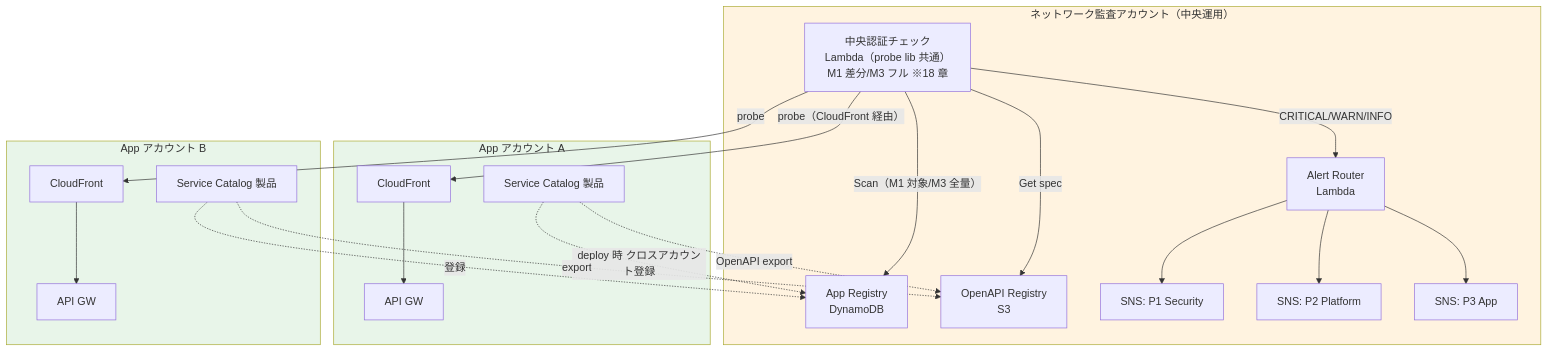
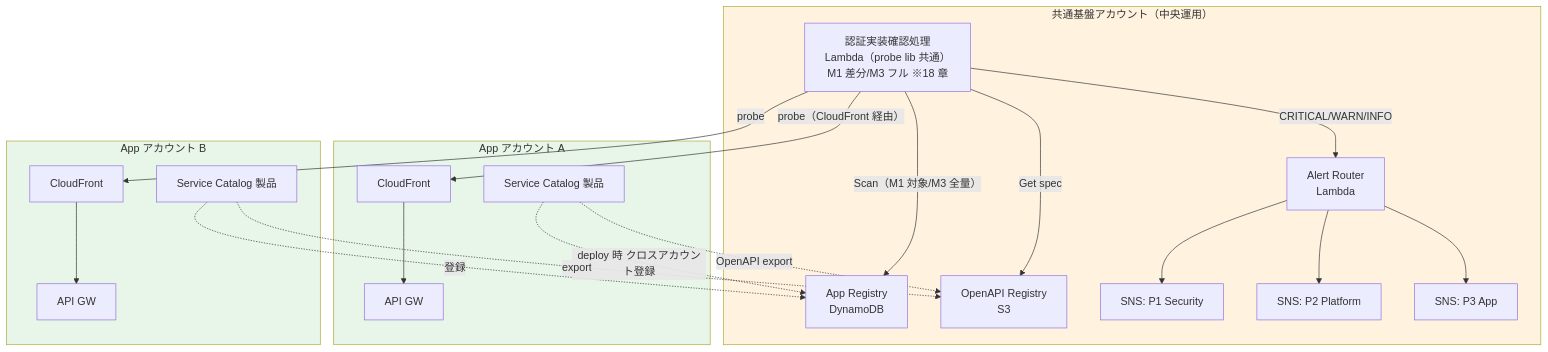
One commit to suepie/aws-atuh-poc changed the first of 4 diagrams in doc/api-platform/basic-design/10-external-monitoring-overview.md. Above: the diagram before and after it, drawn with Mermaid. The commit also changed other lines of this file and 27 other files, not shown here.

````diff
--- a/doc/api-platform/basic-design/10-external-monitoring-overview.md
+++ b/doc/api-platform/basic-design/10-external-monitoring-overview.md
@@ -49,40 +51,40 @@
 ```mermaid
 flowchart TB
-    subgraph NetAudit["ネットワーク監査アカウント（中央運用）"]
+    subgraph NetAudit["共通基盤アカウント（中央運用）"]
         Reg[App Registry<br/>DynamoDB]
         OAR[OpenAPI Registry<br/>S3]
-        CC[中央認証チェック<br/>Lambda（probe lib 共通）<br/>M1 差分/M3 フル ※18 章]
+        CC[認証実装確認処理<br/>Lambda（probe lib 共通）<br/>M1 差分/M3 フル ※18 章]
         AR[Alert Router<br/>Lambda]
         SNS1[SNS: P1 Security]
         SNS2[SNS: P2 Platform]
         SNS3[SNS: P3 App]
     end
 
     subgraph AppA["App アカウント A"]
         SCA[Service Catalog 製品]
         CFA[CloudFront]
         APIA[API GW]
     end
 
     subgraph AppB["App アカウント B"]
         SCB[Service Catalog 製品]
         CFB[CloudFront]
         APIB[API GW]
     end
 
     SCA -.deploy 時 クロスアカウント登録.-> Reg
     SCA -.OpenAPI export.-> OAR
     SCB -.登録.-> Reg
     SCB -.export.-> OAR
 
     CC -->|Scan（M1 対象/M3 全量）| Reg
     CC -->|Get spec| OAR
     CC -->|probe（CloudFront 経由）| CFA --> APIA
     CC -->|probe| CFB --> APIB
     CC -->|CRITICAL/WARN/INFO| AR
     AR --> SNS1 & SNS2 & SNS3
 
     style NetAudit fill:#fff3e0
     style AppA fill:#e8f5e9
     style AppB fill:#e8f5e9
 ```
````
